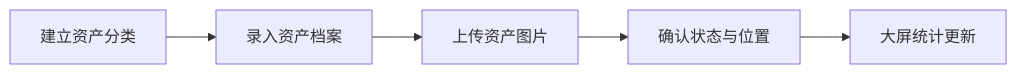
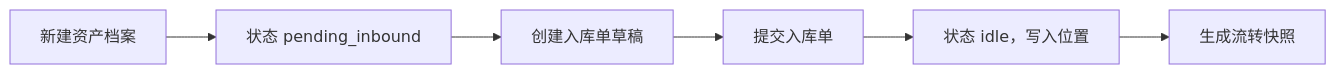
The first of 2 diagrams in docs/PRODUCT-MANUAL.md (WangMi2022/YuYuan-Pass-System), drawn with Mermaid before and after one commit. The commit also changed other lines of this file and 10 other files, not shown here.

````diff
--- a/docs/PRODUCT-MANUAL.md
+++ b/docs/PRODUCT-MANUAL.md
@@ -182,7 +220,8 @@
 ```mermaid
 flowchart LR
-    A[建立资产分类] --> B[录入资产档案]
-    B --> C[上传资产图片]
-    C --> D[确认状态与位置]
-    D --> E[大屏统计更新]
+    A["新建资产档案"] --> B["状态 pending_inbound"]
+    B --> C["创建入库单草稿"]
+    C --> D["提交入库单"]
+    D --> E["状态 idle，写入位置"]
+    E --> F["生成流转快照"]
 ```
````
